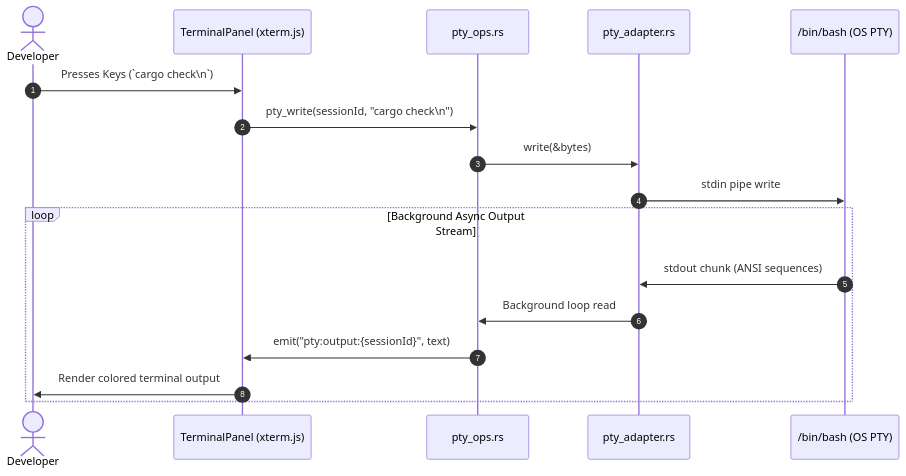
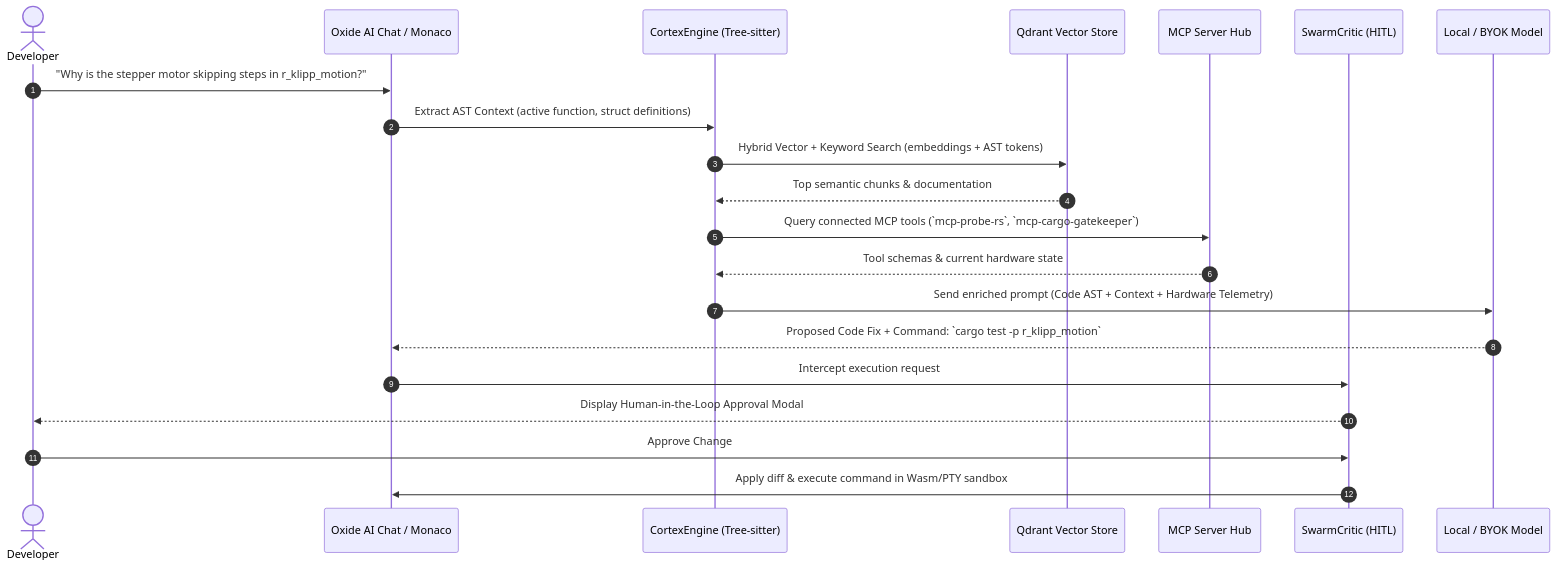
The third of 4 diagrams in docs/diagram.md (FaezBarghasa/Oxide-Tech-IDE), drawn with Mermaid before and after one commit. The commit also changed other lines of this file and 3 other files, not shown here.

Commit message:
docs: update architecture and design documentation for MCP, embedded hardware, and AI features

````diff
--- a/docs/diagram.md
+++ b/docs/diagram.md
@@ -94,21 +113,27 @@
 ```mermaid
 sequenceDiagram
     autonumber
     actor Dev as Developer
-    participant Xterm as TerminalPanel (xterm.js)
-    participant Tauri as pty_ops.rs
-    participant Adapter as pty_adapter.rs
-    participant OS as /bin/bash (OS PTY)
+    participant UI as Oxide AI Chat / Monaco
+    participant Cortex as CortexEngine (Tree-sitter)
+    participant Qdrant as Qdrant Vector Store
+    participant MCP as MCP Server Hub
+    participant Gatekeeper as SwarmCritic (HITL)
+    participant LLM as Local / BYOK Model
 
-    Dev->>Xterm: Presses Keys (`cargo check\n`)
-    Xterm->>Tauri: pty_write(sessionId, "cargo check\n")
-    Tauri->>Adapter: write(&bytes)
-    Adapter->>OS: stdin pipe write
-
-    loop Background Async Output Stream
-        OS->>Adapter: stdout chunk (ANSI sequences)
-        Adapter->>Tauri: Background loop read
-        Tauri->>Xterm: emit("pty:output:{sessionId}", text)
-        Xterm->>Dev: Render colored terminal output
-    end
+    Dev->>UI: "Why is the stepper motor skipping steps in r_klipp_motion?"
+    UI->>Cortex: Extract AST Context (active function, struct definitions)
+    Cortex->>Qdrant: Hybrid Vector + Keyword Search (embeddings + AST tokens)
+    Qdrant-->>Cortex: Top semantic chunks & documentation
+    
+    Cortex->>MCP: Query connected MCP tools (`mcp-probe-rs`, `mcp-cargo-gatekeeper`)
+    MCP-->>Cortex: Tool schemas & current hardware state
+    
+    Cortex->>LLM: Send enriched prompt (Code AST + Context + Hardware Telemetry)
+    LLM-->>UI: Proposed Code Fix + Command: `cargo test -p r_klipp_motion`
+    
+    UI->>Gatekeeper: Intercept execution request
+    Gatekeeper-->>Dev: Display Human-in-the-Loop Approval Modal
+    Dev->>Gatekeeper: Approve Change
+    Gatekeeper->>UI: Apply diff & execute command in Wasm/PTY sandbox
 ```
````
